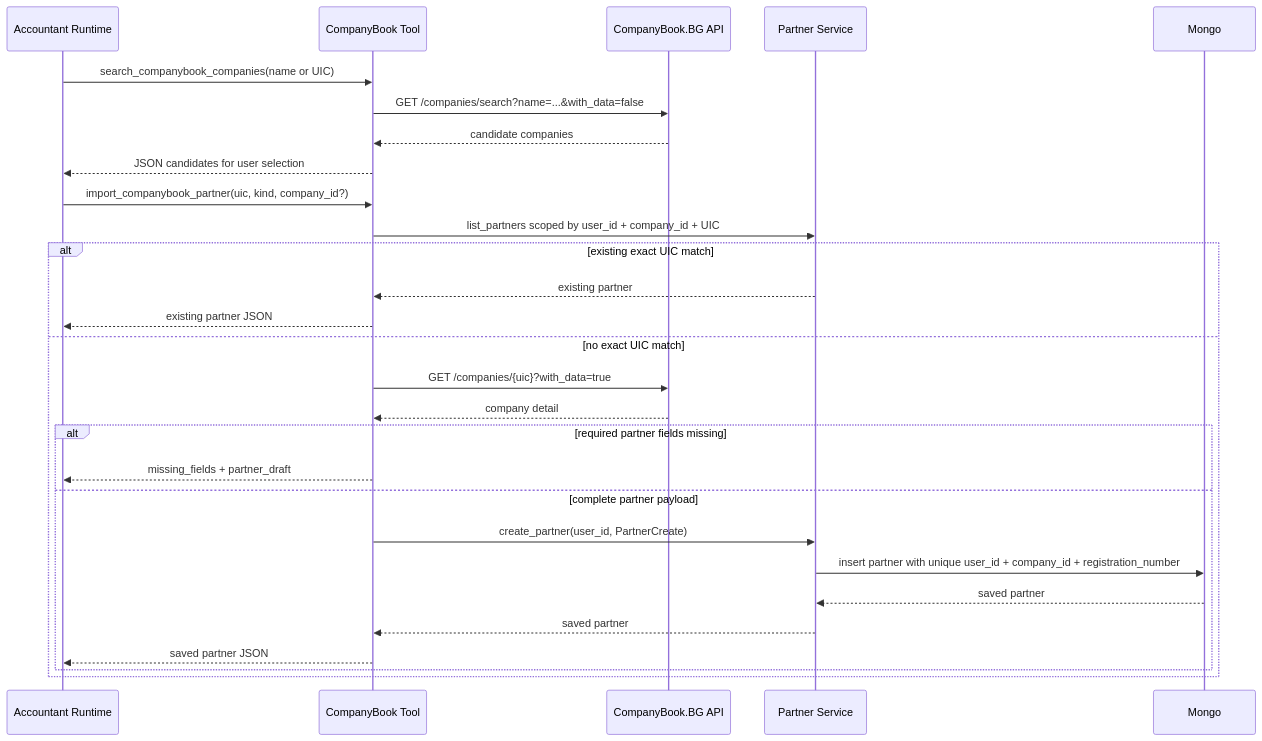
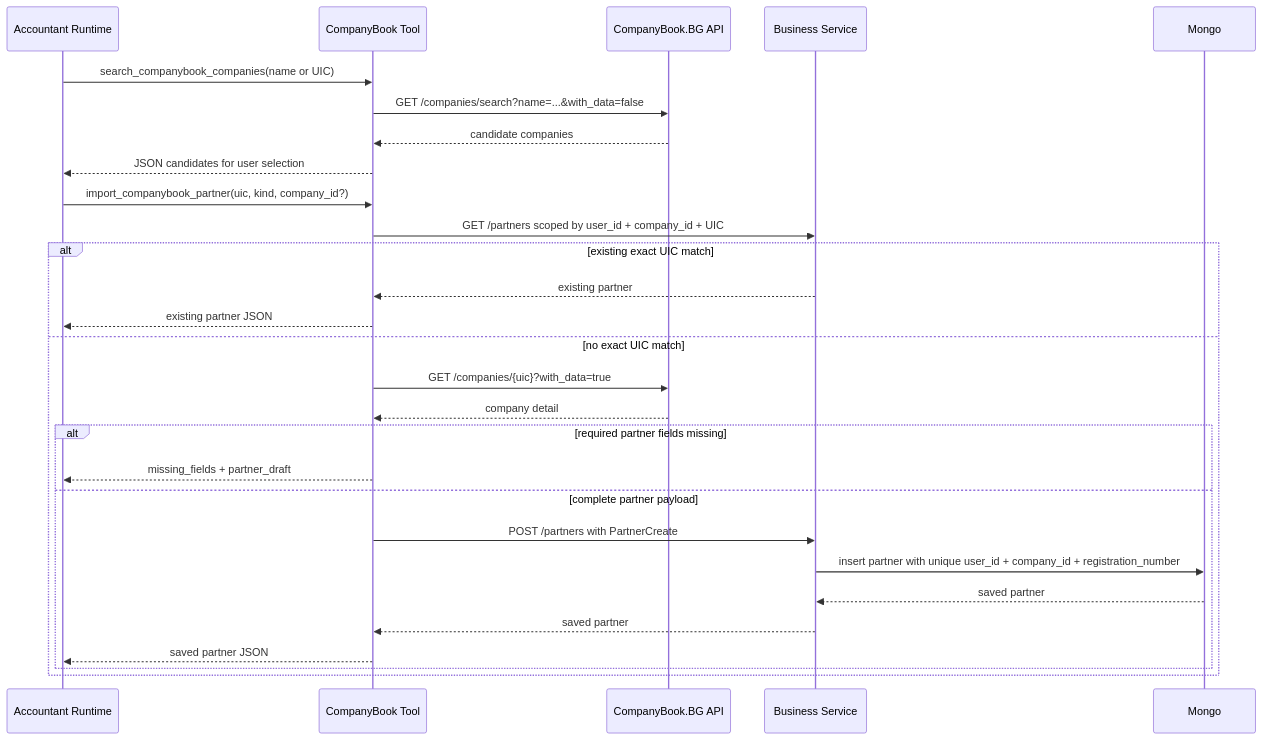
Before and after one commit to valiobar/agents: the seventh of 7 diagrams in docs/services/agent/data-flow.md, drawn with Mermaid. The commit also changed other lines of this file and 85 other files, not shown here.

First line of the commit message:
Add Business Service integration

````diff
--- a/docs/services/agent/data-flow.md
+++ b/docs/services/agent/data-flow.md
@@ -191,31 +194,31 @@
 ```mermaid
 sequenceDiagram
     participant Runtime as Accountant Runtime
     participant Tool as CompanyBook Tool
     participant CB as CompanyBook.BG API
-    participant Partner as Partner Service
+    participant Business as Business Service
     participant Mongo
 
     Runtime->>Tool: search_companybook_companies(name or UIC)
     Tool->>CB: GET /companies/search?name=...&with_data=false
     CB-->>Tool: candidate companies
     Tool-->>Runtime: JSON candidates for user selection
     Runtime->>Tool: import_companybook_partner(uic, kind, company_id?)
-    Tool->>Partner: list_partners scoped by user_id + company_id + UIC
+    Tool->>Business: GET /partners scoped by user_id + company_id + UIC
     alt existing exact UIC match
-        Partner-->>Tool: existing partner
+        Business-->>Tool: existing partner
         Tool-->>Runtime: existing partner JSON
     else no exact UIC match
         Tool->>CB: GET /companies/{uic}?with_data=true
         CB-->>Tool: company detail
         alt required partner fields missing
             Tool-->>Runtime: missing_fields + partner_draft
         else complete partner payload
-            Tool->>Partner: create_partner(user_id, PartnerCreate)
-            Partner->>Mongo: insert partner with unique user_id + company_id + registration_number
-            Mongo-->>Partner: saved partner
-            Partner-->>Tool: saved partner
+            Tool->>Business: POST /partners with PartnerCreate
+            Business->>Mongo: insert partner with unique user_id + company_id + registration_number
+            Mongo-->>Business: saved partner
+            Business-->>Tool: saved partner
             Tool-->>Runtime: saved partner JSON
         end
     end
 ```
````
